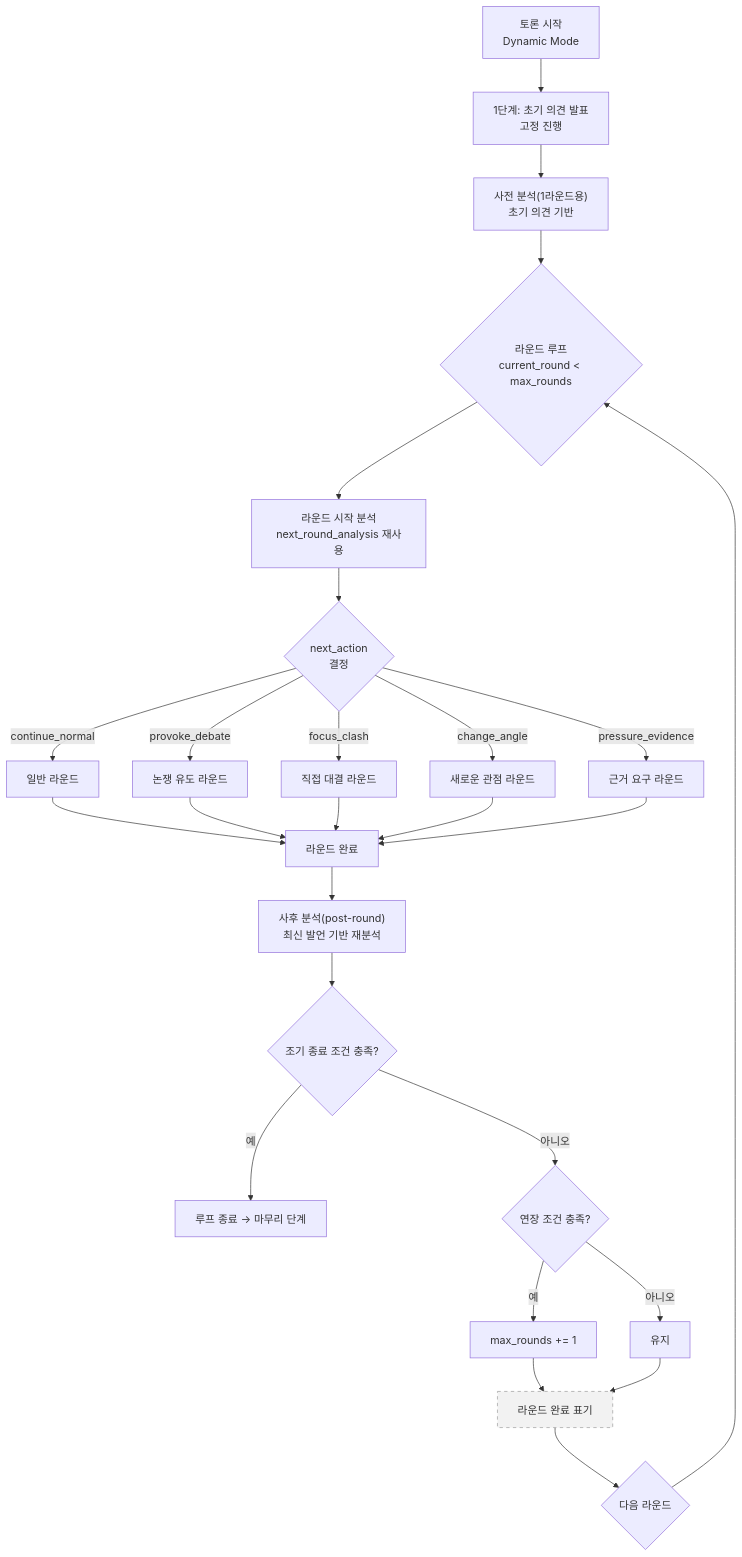
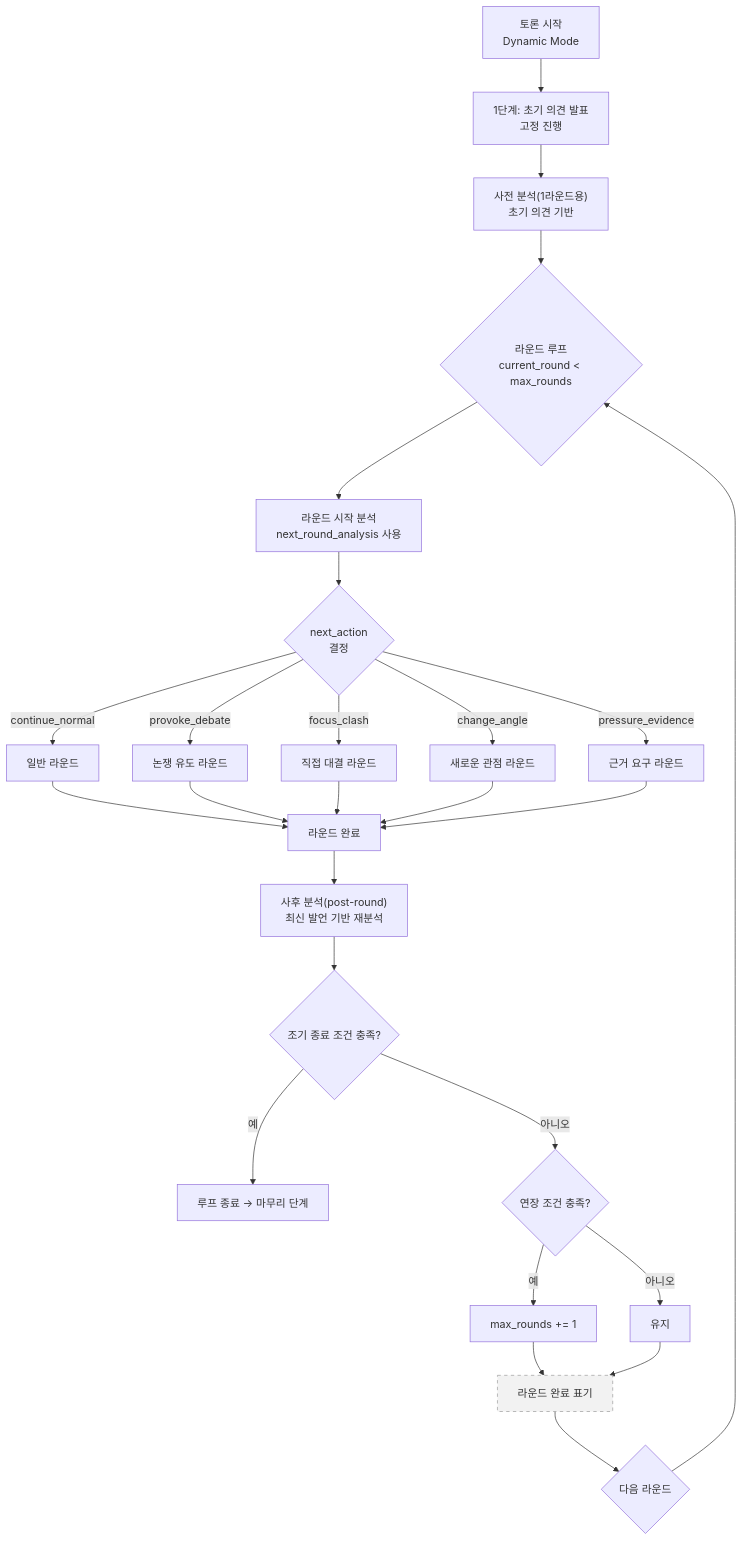
The diagram in .cursor/rules/dynamic_debate.mdc (indigoray/debate), drawn with Mermaid before and after one commit.

Commit message:
문서정리

````diff
--- a/.cursor/rules/dynamic_debate.mdc
+++ b/.cursor/rules/dynamic_debate.mdc
@@ -14,37 +14,37 @@
 ```mermaid
 flowchart TD
     A["토론 시작<br/>Dynamic Mode"] --> B["1단계: 초기 의견 발표<br/>고정 진행"]
     B --> C["사전 분석(1라운드용)<br/>초기 의견 기반"]
     C --> D{"라운드 루프<br/>current_round < max_rounds"}
 
-    D --> E["라운드 시작 분석<br/>next_round_analysis 재사용"]
+    D --> E["라운드 시작 분석<br/>next_round_analysis 사용"]
     E --> F{"next_action<br/>결정"}
 
     F -->|continue_normal| G["일반 라운드"]
     F -->|provoke_debate| H["논쟁 유도 라운드"]
     F -->|focus_clash| I["직접 대결 라운드"]
     F -->|change_angle| J["새로운 관점 라운드"]
     F -->|pressure_evidence| K["근거 요구 라운드"]
 
     G --> L["라운드 완료"]
     H --> L
     I --> L
     J --> L
     K --> L
 
     L --> M["사후 분석(post-round)<br/>최신 발언 기반 재분석"]
     M --> N{"조기 종료 조건 충족?"}
     N -- 예 --> O["루프 종료 → 마무리 단계"]
     N -- 아니오 --> P{"연장 조건 충족?"}
     P -- 예 --> Q["max_rounds += 1"]
     P -- 아니오 --> R["유지"]
 
     Q --> S["라운드 완료 표기"]
     R --> S
     S --> T{"다음 라운드"}
     T --> D
 
     %% 경계구간 정책 (경계에서는 사회자 발언 없음)
     S:::boundary
     classDef boundary fill:#f2f2f2,stroke:#999,stroke-dasharray: 5 5;
 ```
````
